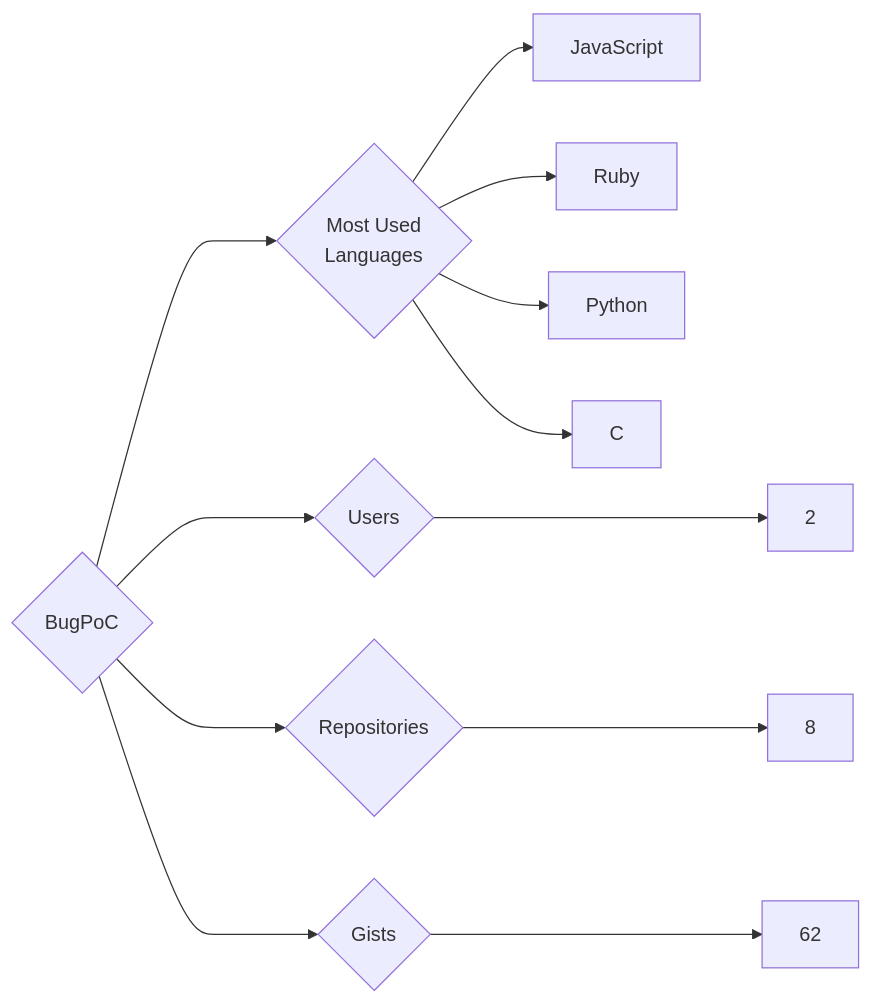
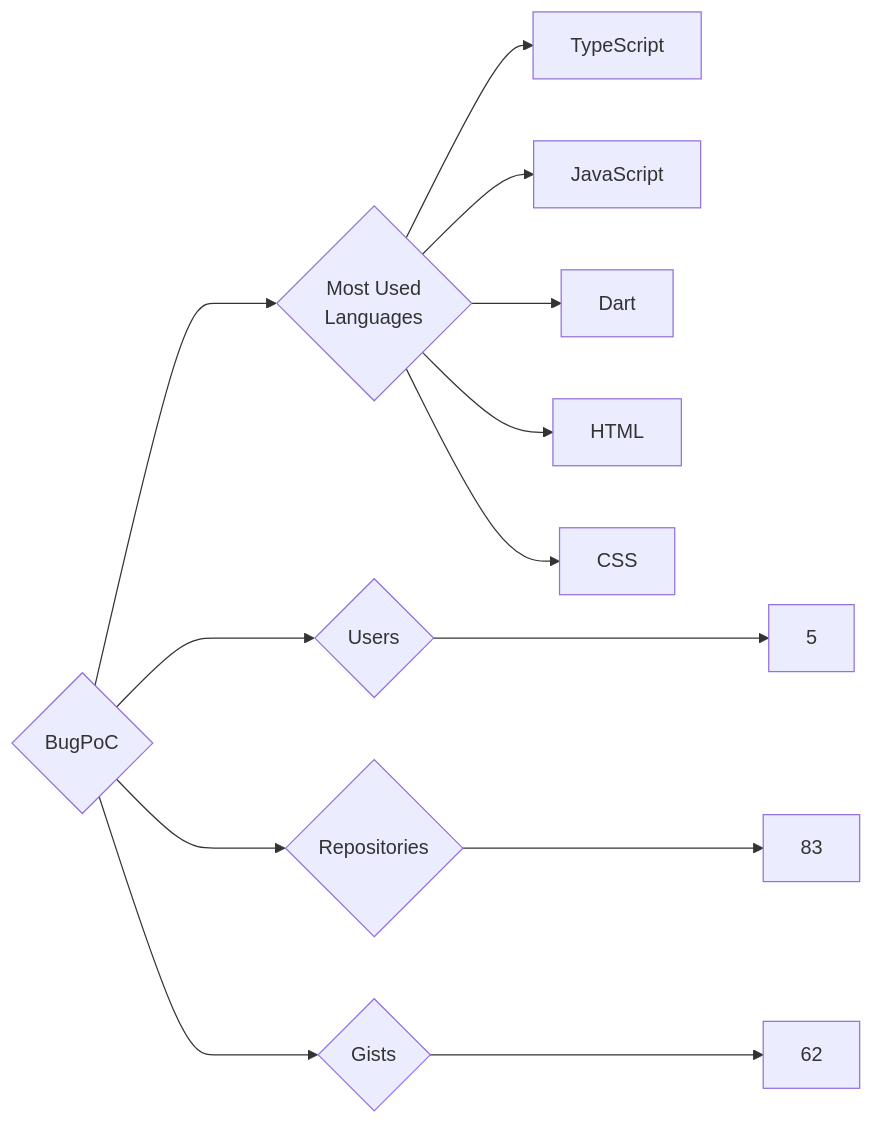
The diagram in targets/BugPoC/README.md (trickest/insiders), drawn with Mermaid before and after one commit. The commit also changed 1120 other files, not shown here.

````diff
--- a/targets/BugPoC/README.md
+++ b/targets/BugPoC/README.md
@@ -3,12 +3,13 @@
 ```mermaid
 graph LR
 COMPANY_NAME{BugPoC}
-COMPANY_NAME ---> U{Users} ---> UN[2]
-COMPANY_NAME ---> R{Repositories} ---> RN[8]
+COMPANY_NAME ---> U{Users} ---> UN[5]
+COMPANY_NAME ---> R{Repositories} ---> RN[83]
 COMPANY_NAME ---> G{Gists} ---> GN[62]
 COMPANY_NAME ---> ML{Most Used<br>Languages}
+ML --> TypeScript[TypeScript]
 ML --> JavaScript[JavaScript]
-ML --> Ruby[Ruby]
-ML --> Python[Python]
-ML --> C[C]
+ML --> Dart[Dart]
+ML --> HTML[HTML]
+ML --> CSS[CSS]
 ```
````
